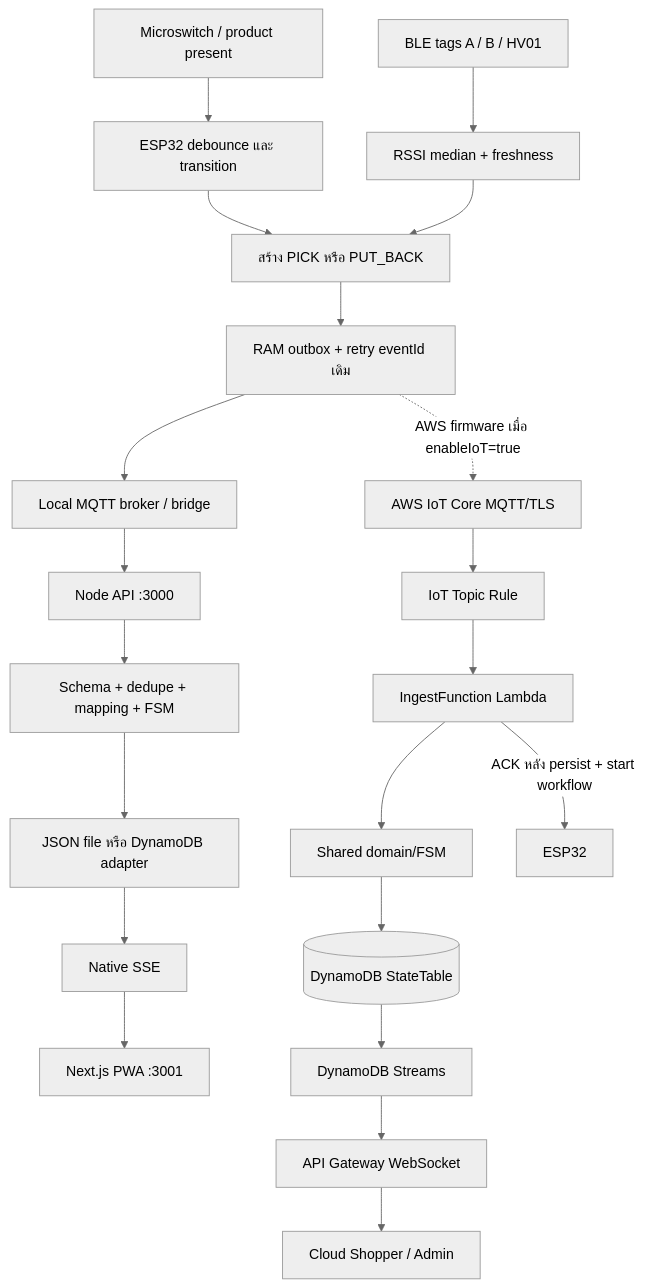
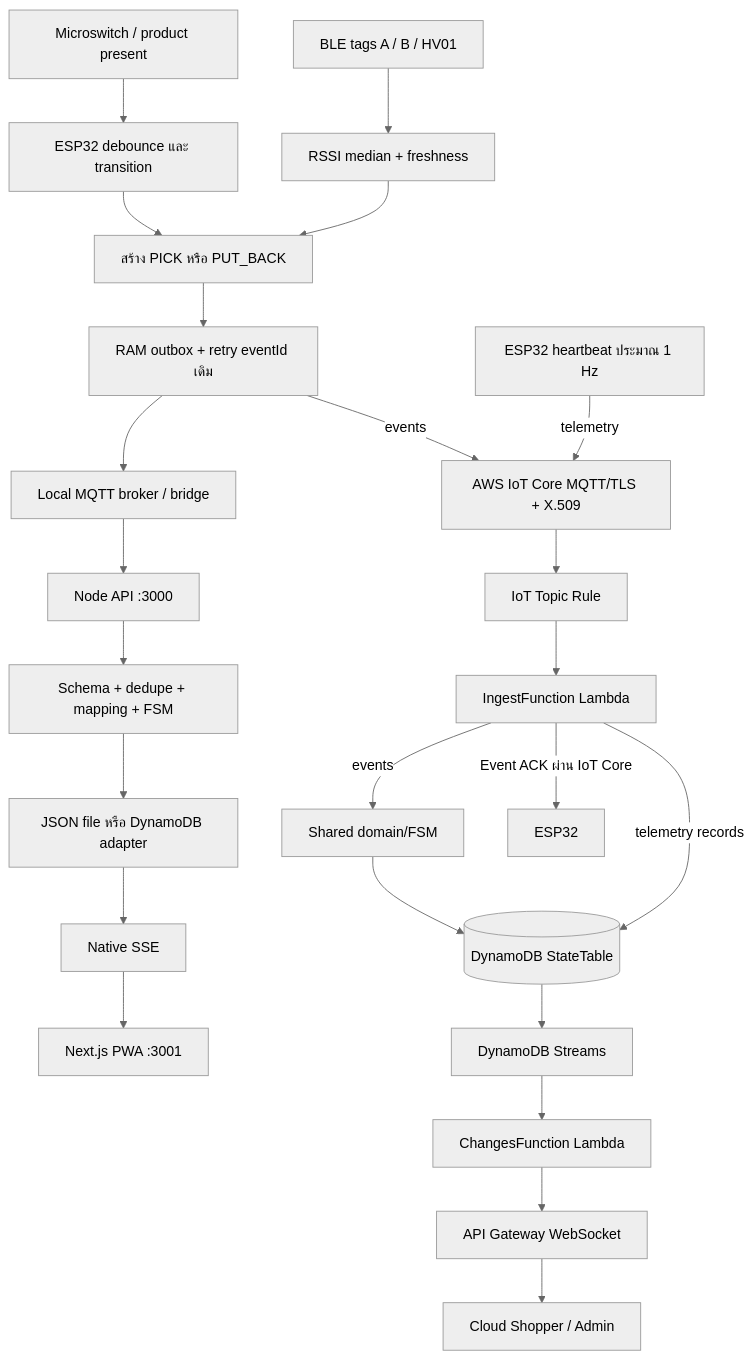
One commit to thhanabun/NTT_Prototype changed the second of 10 diagrams in docs/fast-project-workflow.md. Above: the diagram before and after it, drawn with Mermaid (neutral theme). The commit also changed other lines of this file, not shown here.

Commit message:
docs: align FAST workflow with main

````diff
--- a/docs/fast-project-workflow.md
+++ b/docs/fast-project-workflow.md
@@ -102,23 +118,26 @@
 ```mermaid
 flowchart TD
   Switch[Microswitch / product present] --> Debounce[ESP32 debounce และ transition]
   Beacon[BLE tags A / B / HV01] --> Filter[RSSI median + freshness]
   Debounce --> Event[สร้าง PICK หรือ PUT_BACK]
   Filter --> Event
   Event --> Outbox[RAM outbox + retry eventId เดิม]
   Outbox --> LocalMQTT[Local MQTT broker / bridge]
   LocalMQTT --> LocalAPI[Node API :3000]
   LocalAPI --> LocalFSM[Schema + dedupe + mapping + FSM]
   LocalFSM --> LocalStore[JSON file หรือ DynamoDB adapter]
   LocalStore --> SSE[Native SSE]
   SSE --> LocalWeb[Next.js PWA :3001]
-  Outbox -. "AWS firmware เมื่อ enableIoT=true" .-> IoT[AWS IoT Core MQTT/TLS]
+  Outbox -->|events| IoT[AWS IoT Core MQTT/TLS + X.509]
+  Heartbeat[ESP32 heartbeat ประมาณ 1 Hz] -->|telemetry| IoT
   IoT --> Rule[IoT Topic Rule]
   Rule --> Ingest[IngestFunction Lambda]
-  Ingest --> CloudFSM[Shared domain/FSM]
+  Ingest -->|events| CloudFSM[Shared domain/FSM]
   CloudFSM --> CloudDB[(DynamoDB StateTable)]
-  Ingest -->|ACK หลัง persist + start workflow| Device[ESP32]
+  Ingest -->|telemetry records| CloudDB
+  Ingest -->|Event ACK ผ่าน IoT Core| Device[ESP32]
   CloudDB --> Stream[DynamoDB Streams]
-  Stream --> WS[API Gateway WebSocket]
+  Stream --> Changes[ChangesFunction Lambda]
+  Changes --> WS[API Gateway WebSocket]
   WS --> CloudWeb[Cloud Shopper / Admin]
 ```
````
